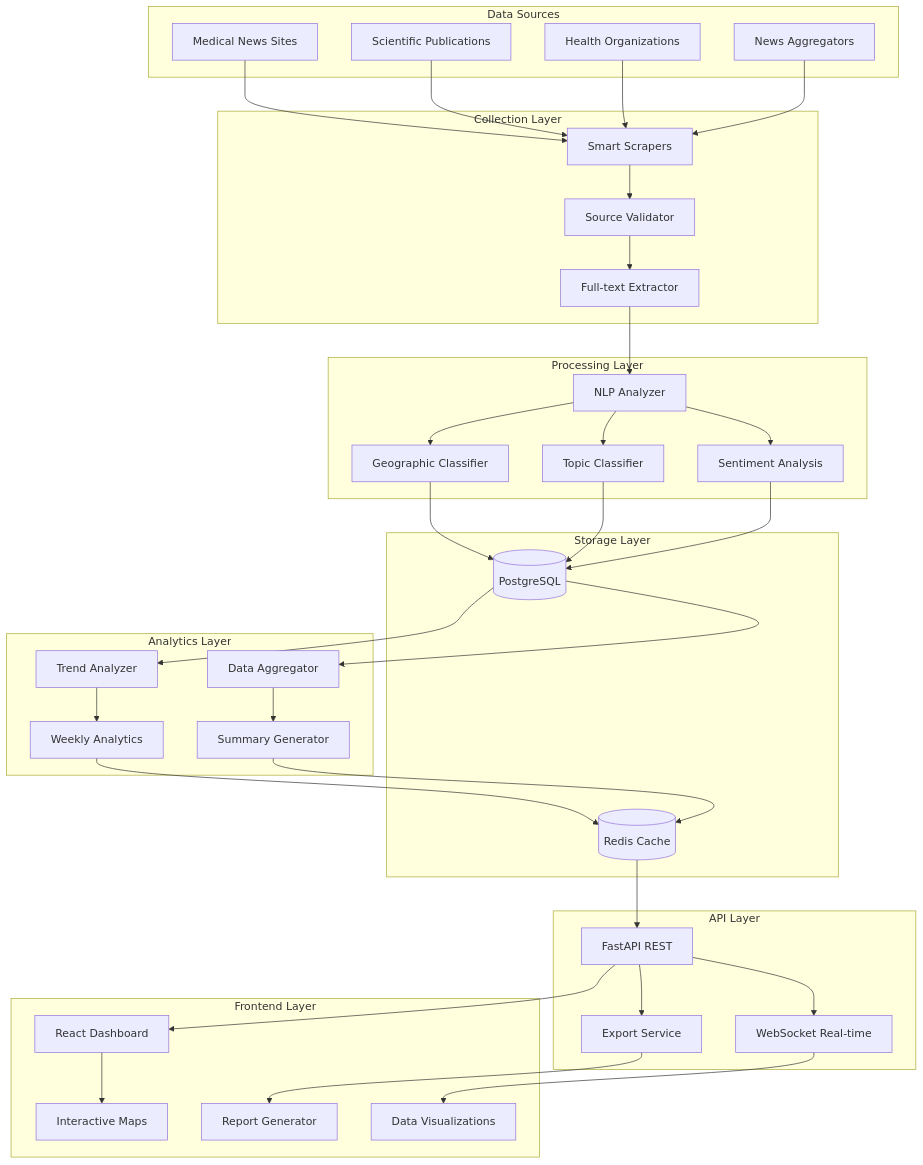
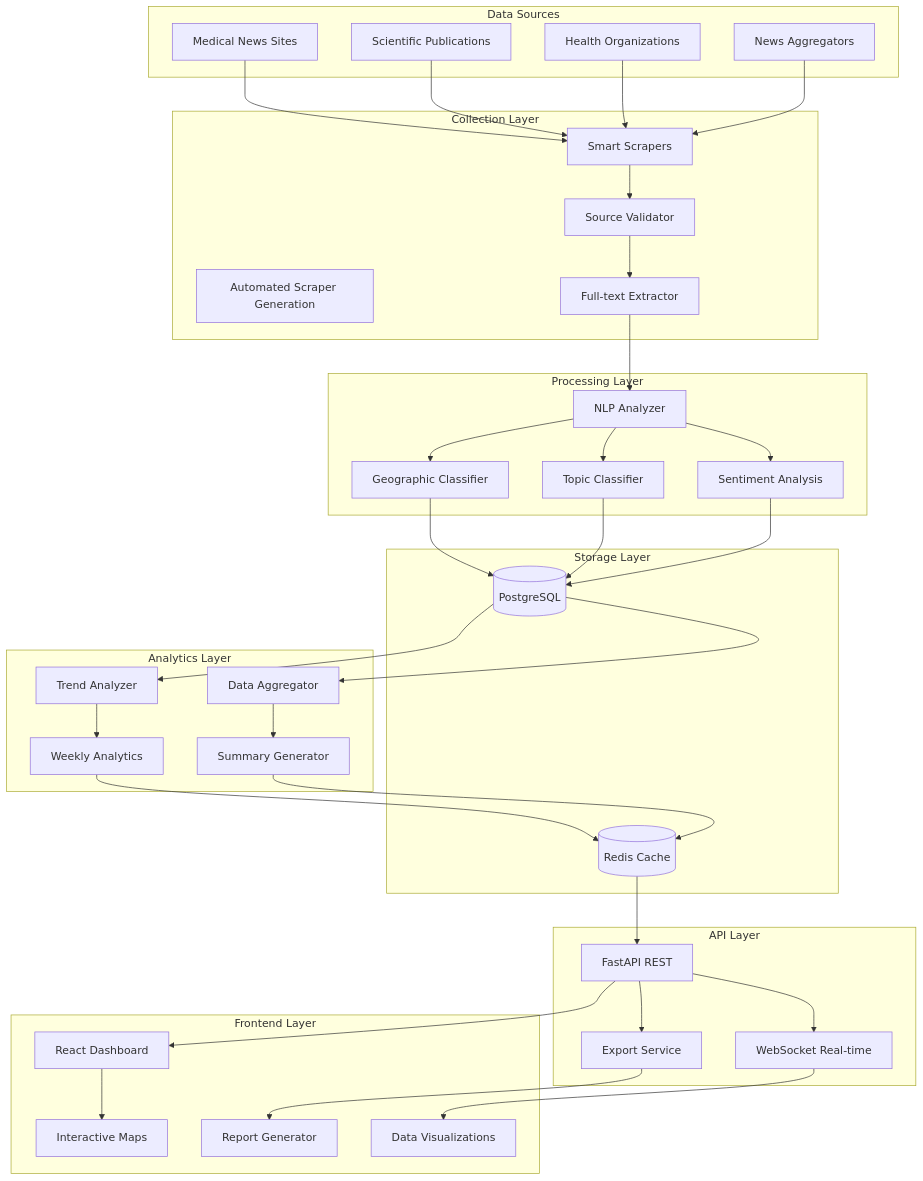
One commit to cfernandom/news-bot changed the diagram in docs/architecture/system-overview.md. Above: the diagram before and after it, drawn with Mermaid. The commit also changed other lines of this file and 4 other files, not shown here.

````diff
--- a/docs/architecture/system-overview.md
+++ b/docs/architecture/system-overview.md
@@ -25,81 +25,82 @@
 ```mermaid
 graph TB
     subgraph "Data Sources"
         S1[Medical News Sites]
         S2[Scientific Publications]
         S3[Health Organizations]
         S4[News Aggregators]
     end
 
     subgraph "Collection Layer"
         SC[Smart Scrapers]
+        ASG[Automated Scraper Generation]
         SV[Source Validator]
         FT[Full-text Extractor]
     end
 
     subgraph "Processing Layer"
         NLP[NLP Analyzer]
         SA[Sentiment Analysis]
         TC[Topic Classifier]
         GC[Geographic Classifier]
     end
 
     subgraph "Storage Layer"
         PG[(PostgreSQL)]
         RD[(Redis Cache)]
     end
 
     subgraph "Analytics Layer"
         AG[Data Aggregator]
         TR[Trend Analyzer]
         SG[Summary Generator]
         WA[Weekly Analytics]
     end
 
     subgraph "API Layer"
         API[FastAPI REST]
         WS[WebSocket Real-time]
         EX[Export Service]
     end
 
     subgraph "Frontend Layer"
         DB[React Dashboard]
         VZ[Data Visualizations]
         MP[Interactive Maps]
         RP[Report Generator]
     end
 
     S1 --> SC
     S2 --> SC
     S3 --> SC
     S4 --> SC
 
     SC --> SV
     SV --> FT
     FT --> NLP
 
     NLP --> SA
     NLP --> TC
     NLP --> GC
 
     SA --> PG
     TC --> PG
     GC --> PG
 
     PG --> AG
     PG --> TR
     AG --> SG
     TR --> WA
 
     WA --> RD
     SG --> RD
 
     RD --> API
     API --> WS
     API --> EX
 
     API --> DB
     WS --> VZ
     EX --> RP
     DB --> MP
 ```
````
